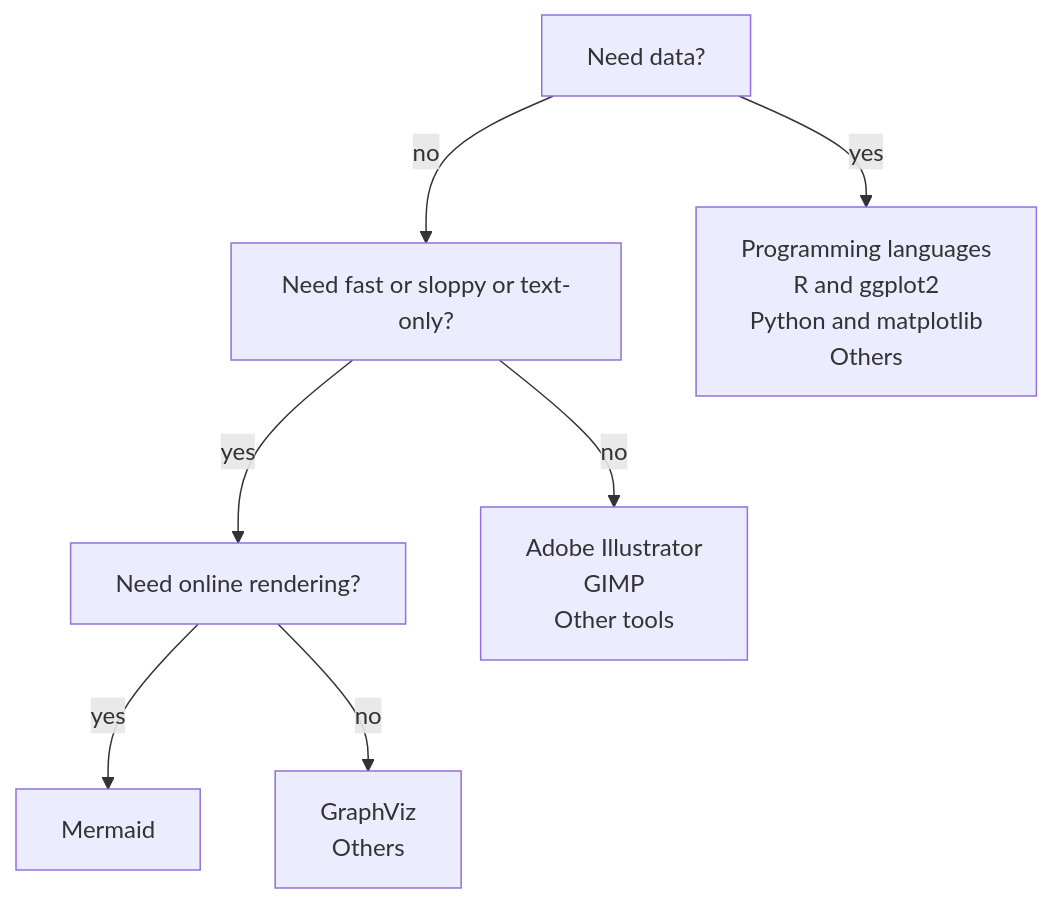
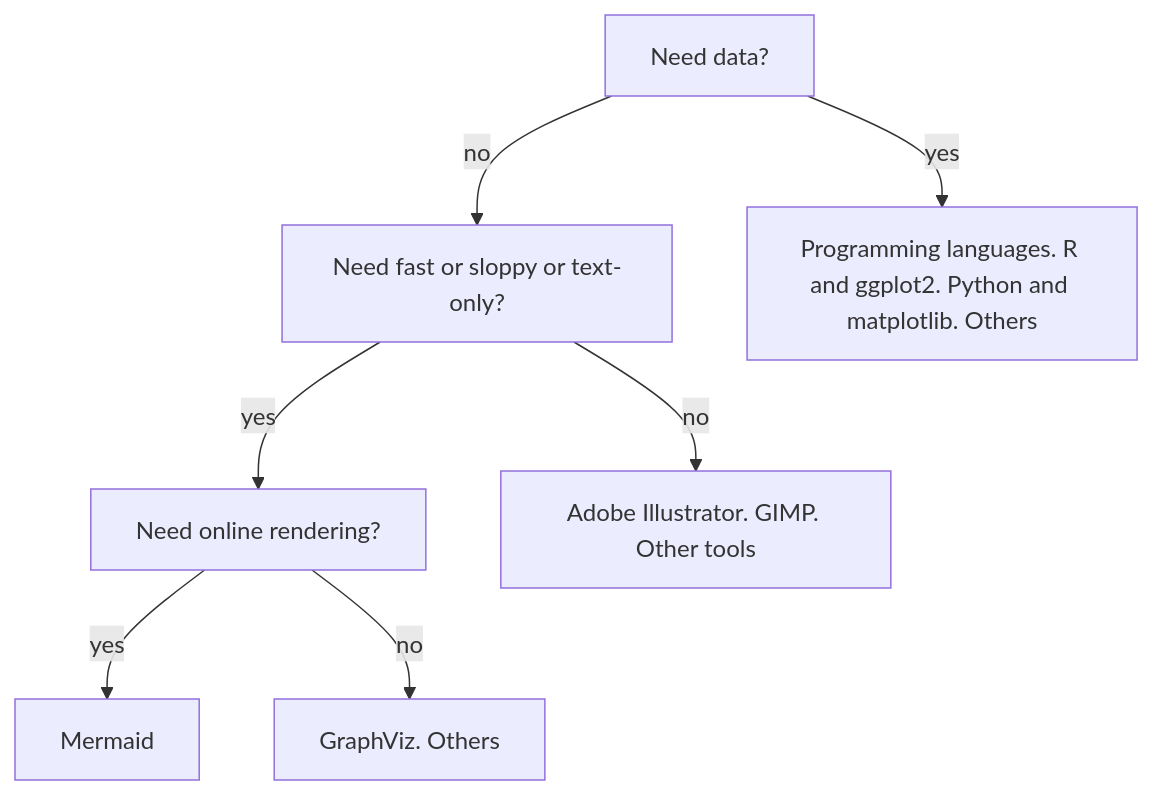
The second of 2 diagrams in docs/sessions/intro_to_mermaid.md (richelbilderbeek/lesson_mermaid), drawn with Mermaid before and after one commit.

````diff
--- a/docs/sessions/intro_to_mermaid.md
+++ b/docs/sessions/intro_to_mermaid.md
@@ -83,12 +83,12 @@
 ```mermaid
 flowchart TD
   need_data[Need data?]
   need_fast[Need fast or sloppy or text-only?]
   need_render[Need online rendering?]
-  need_data --> |yes| R[Programming languages\nR and ggplot2\nPython and matplotlib\nOthers]
+  need_data --> |yes| R[Programming languages. R and ggplot2. Python and matplotlib. Others]
   need_data --> |no| need_fast
-  need_fast --> |no| Adobe[Adobe Illustrator\nGIMP\nOther tools]
+  need_fast --> |no| Adobe[Adobe Illustrator. GIMP. Other tools]
   need_fast --> |yes| need_render
   need_render --> |yes| Mermaid
-  need_render --> |no| GraphViz[GraphViz\nOthers]
+  need_render --> |no| GraphViz[GraphViz. Others]
 ```
````
